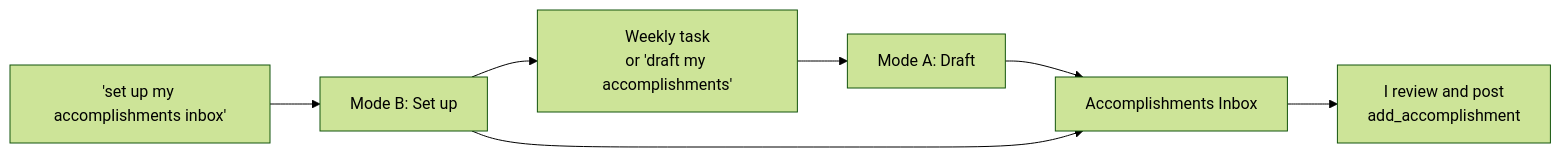
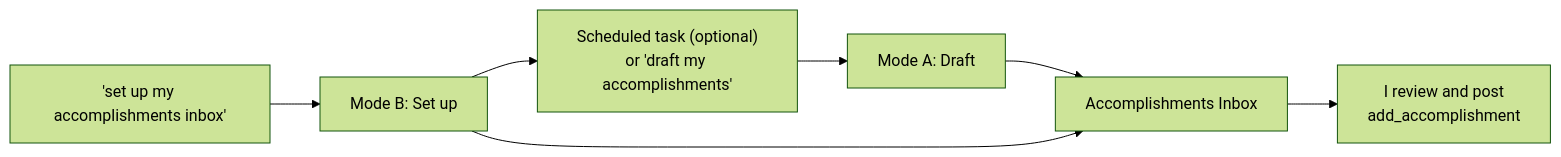
The diagram in .claude/skills/accomplishments-inbox/README.md (jlawcordova/jlawcordova-atproto), drawn with Mermaid (forest theme) before and after one commit. The commit also changed other lines of this file and 1 other file, not shown here.

First line of the commit message:
Drop the weekly prompt doc in favor of the skill's README

````diff
--- a/.claude/skills/accomplishments-inbox/README.md
+++ b/.claude/skills/accomplishments-inbox/README.md
@@ -25,9 +25,9 @@
 ```mermaid
 flowchart LR
-    Task["Weekly task<br/>or 'draft my accomplishments'"] --> A["Mode A: Draft"]
+    Task["Scheduled task (optional)<br/>or 'draft my accomplishments'"] --> A["Mode A: Draft"]
     A --> Inbox["Accomplishments Inbox"]
     Inbox --> Post["I review and post<br/>add_accomplishment"]
     Setup["'set up my accomplishments inbox'"] --> B["Mode B: Set up"]
     B --> Inbox
     B --> Task
 ```
````
